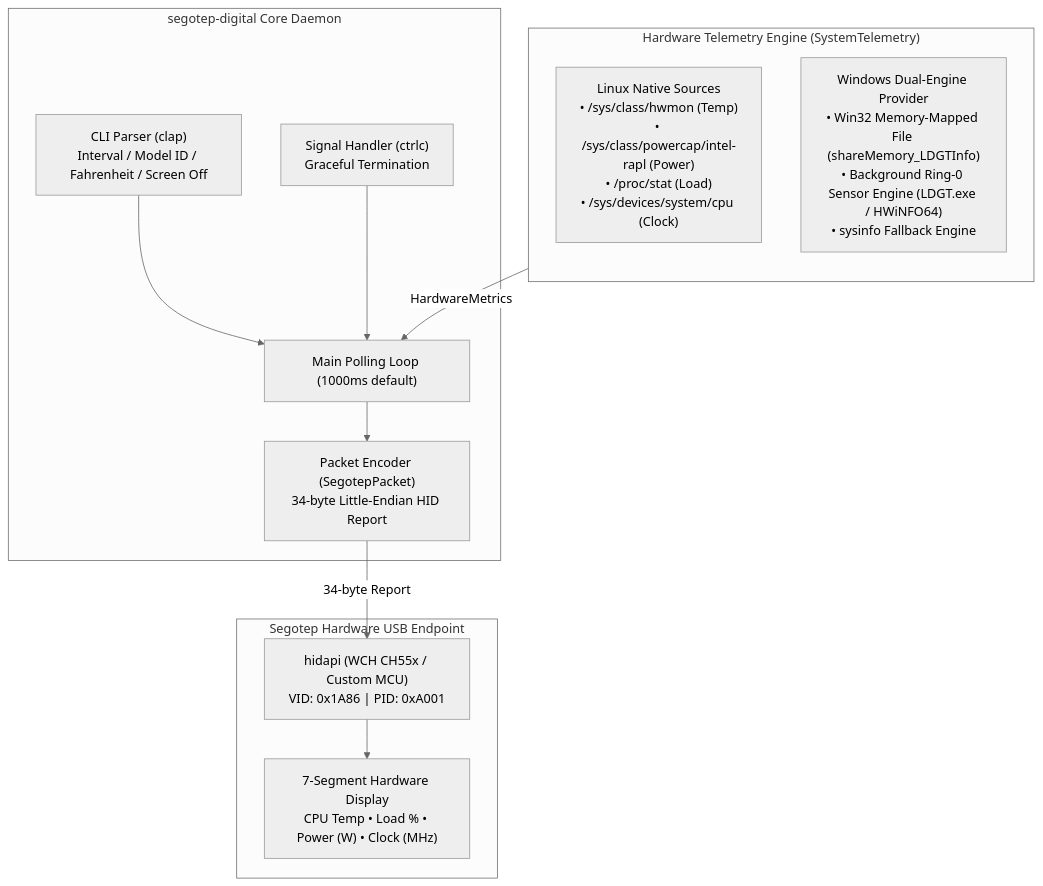
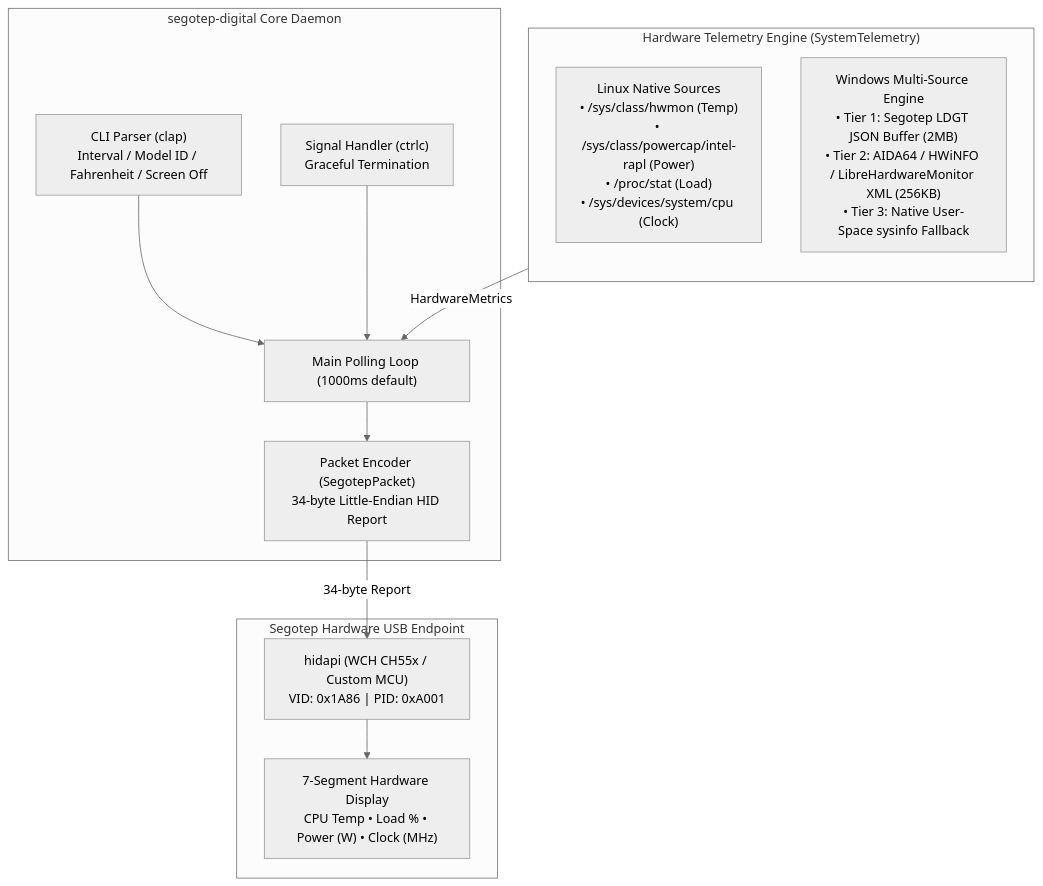
Before and after one commit to Delnegend/segotep-digital: the first of 6 diagrams in ARCHITECTURE.md, drawn with Mermaid (neutral theme). The commit also changed other lines of this file, not shown here.

Commit message:
docs: update ARCHITECTURE.md with multi-source fallback pipeline diagrams

````diff
--- a/ARCHITECTURE.md
+++ b/ARCHITECTURE.md
@@ -11,27 +11,27 @@
 ```mermaid
 flowchart TB
     subgraph CoreDaemon["segotep-digital Core Daemon"]
         CLI["CLI Parser (clap)<br/>Interval / Model ID / Fahrenheit / Screen Off"]
         SIG["Signal Handler (ctrlc)<br/>Graceful Termination"]
         LOOP["Main Polling Loop (1000ms default)"]
         PACKET["Packet Encoder (SegotepPacket)<br/>34-byte Little-Endian HID Report"]
     end
 
     subgraph TelemetrySubsystem["Hardware Telemetry Engine (SystemTelemetry)"]
         direction TB
         LINUX_SRC["Linux Native Sources<br/>• /sys/class/hwmon (Temp)<br/>• /sys/class/powercap/intel-rapl (Power)<br/>• /proc/stat (Load)<br/>• /sys/devices/system/cpu (Clock)"]
-        WIN_SRC["Windows Dual-Engine Provider<br/>• Win32 Memory-Mapped File (shareMemory_LDGTInfo)<br/>• Background Ring-0 Sensor Engine (LDGT.exe / HWiNFO64)<br/>• sysinfo Fallback Engine"]
+        WIN_SRC["Windows Multi-Source Engine<br/>• Tier 1: Segotep LDGT JSON Buffer (2MB)<br/>• Tier 2: AIDA64 / HWiNFO / LibreHardwareMonitor XML (256KB)<br/>• Tier 3: Native User-Space sysinfo Fallback"]
     end
 
     subgraph HardwareLayer["Segotep Hardware USB Endpoint"]
         HID_API["hidapi (WCH CH55x / Custom MCU)<br/>VID: 0x1A86 | PID: 0xA001"]
         SCREEN["7-Segment Hardware Display<br/>CPU Temp • Load % • Power (W) • Clock (MHz)"]
     end
 
     CLI --> LOOP
     SIG --> LOOP
     TelemetrySubsystem -->|HardwareMetrics| LOOP
     LOOP --> PACKET
     PACKET -->|34-byte Report| HID_API
     HID_API --> SCREEN
 ```
````
